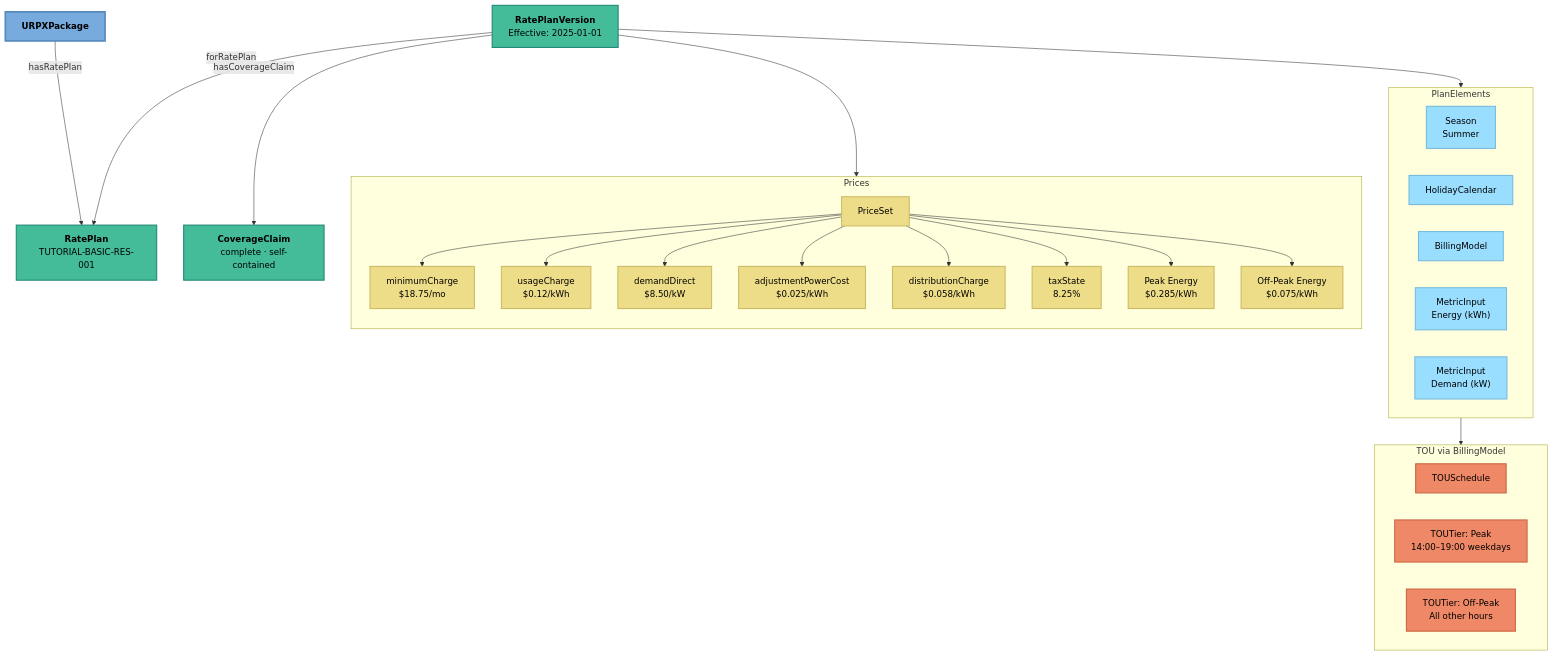
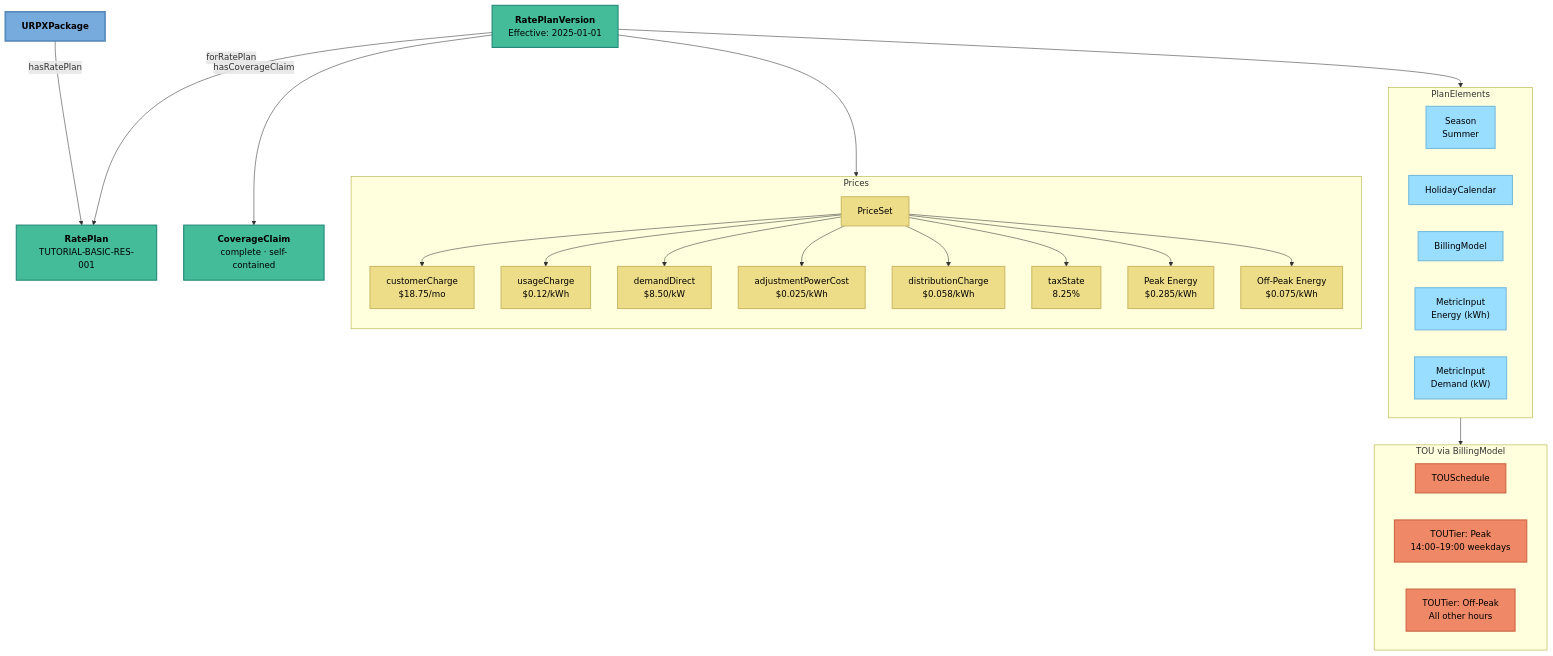
One commit to urpx-org/urpx changed the fifth of 5 diagrams in documentation/pages/urpx-tutorial.md. Above: the diagram before and after it, drawn with Mermaid. The commit also changed other lines of this file and 20 other files, not shown here.

````diff
--- a/documentation/pages/urpx-tutorial.md
+++ b/documentation/pages/urpx-tutorial.md
@@ -832,57 +852,57 @@
 ```mermaid
 
 graph TB
     Doc["<b>URPXPackage</b>"]
     RP["<b>RatePlan</b><br/>TUTORIAL-BASIC-RES-001"]
     RPV["<b>RatePlanVersion</b><br/>Effective: 2025-01-01"]
     CC["<b>CoverageClaim</b><br/>complete · self-contained"]
 
     subgraph Elements["PlanElements"]
         direction LR
         Season["Season<br/>Summer"]
         HC["HolidayCalendar"]
         BM["BillingModel"]
         MI1["MetricInput<br/>Energy (kWh)"]
         MI2["MetricInput<br/>Demand (kW)"]
     end
 
     subgraph TOU["TOU via BillingModel"]
         direction LR
         Sched["TOUSchedule"]
         Peak["TOUTier: Peak<br/>14:00–19:00 weekdays"]
         OffPeak["TOUTier: Off-Peak<br/>All other hours"]
     end
 
     subgraph Pricing["Prices"]
         direction TB
         PS["PriceSet"]
-        P1["minimumCharge<br/>$18.75/mo"]
+        P1["customerCharge<br/>$18.75/mo"]
         P2["usageCharge<br/>$0.12/kWh"]
         P3["demandDirect<br/>$8.50/kW"]
         P4["adjustmentPowerCost<br/>$0.025/kWh"]
         P5["distributionCharge<br/>$0.058/kWh"]
         P6["taxState<br/>8.25%"]
         P7["Peak Energy<br/>$0.285/kWh"]
         P8["Off-Peak Energy<br/>$0.075/kWh"]
     end
 
     Doc -->|hasRatePlan| RP
     RPV -->|forRatePlan| RP
     RPV -->|hasCoverageClaim| CC
     RPV --> Elements
     RPV --> Pricing
     BM --> TOU
     PS --> P1 & P2 & P3 & P4 & P5 & P6 & P7 & P8
 
     classDef docClass fill:#77AADD,stroke:#5588BB,stroke-width:3px,color:#000
     classDef planClass fill:#44BB99,stroke:#228877,stroke-width:2px,color:#000
     classDef priceClass fill:#EEDD88,stroke:#CCBB66,stroke-width:2px,color:#000
     classDef touClass fill:#EE8866,stroke:#CC6644,stroke-width:2px,color:#000
     classDef elemClass fill:#99DDFF,stroke:#77BBDD,stroke-width:2px,color:#000
 
     class Doc docClass
     class RP,RPV,CC planClass
     class Season,HC,BM,MI1,MI2 elemClass
     class Sched,Peak,OffPeak touClass
     class PS,P1,P2,P3,P4,P5,P6,P7,P8 priceClass
 ```
````
